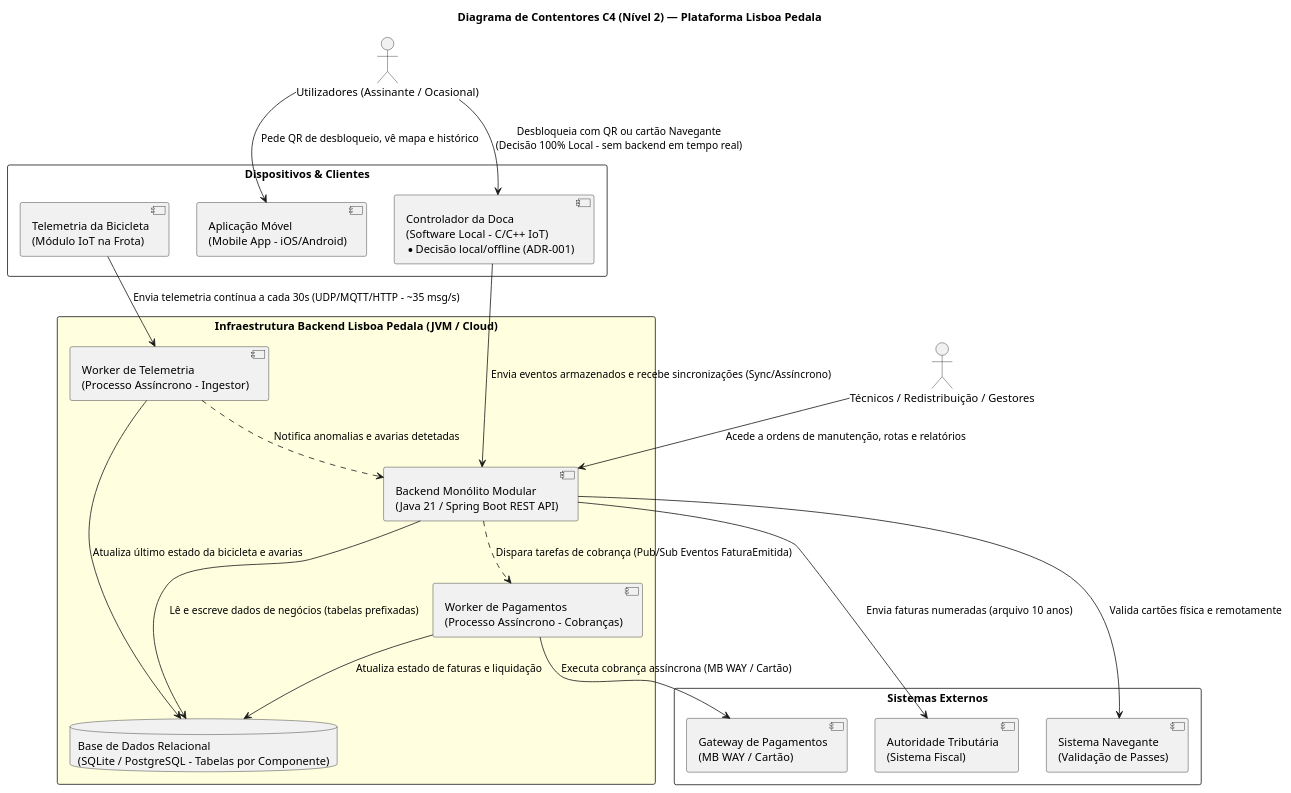
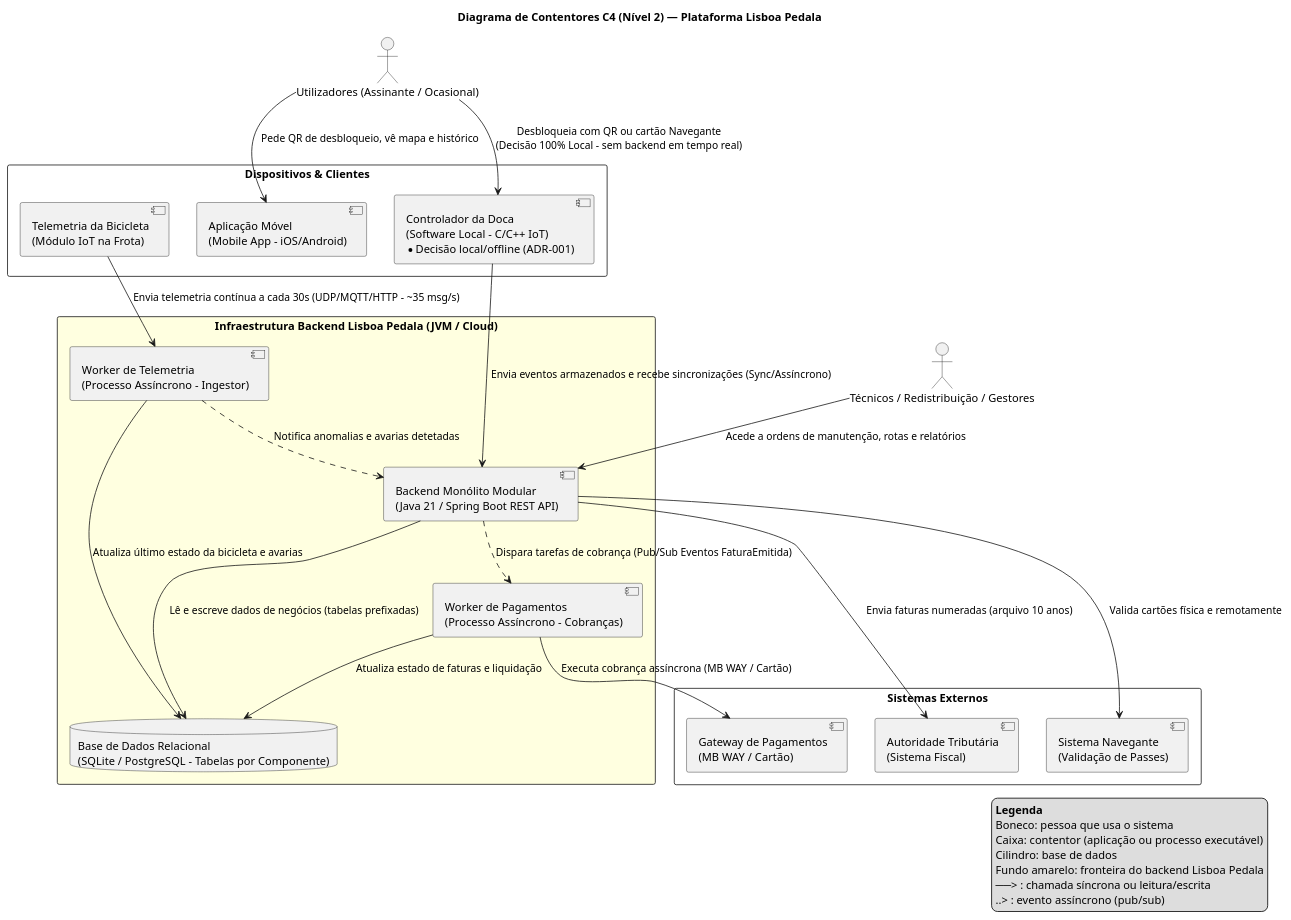
Before and after one commit to Monster147/trabalho-pratico-1-DS: the diagram in docs/diagramas/c4-contentores.puml, drawn with PlantUML. The commit also changed 61 other files, not shown here.

```diff
--- a/docs/diagramas/c4-contentores.puml
+++ b/docs/diagramas/c4-contentores.puml
@@ -1,51 +1,61 @@
 @startuml c4-contentores
 skinparam componentStyle uml2
 skinparam packageStyle rect
 
 title Diagrama de Contentores C4 (Nível 2) — Plataforma Lisboa Pedala
 
 actor "Utilizadores (Assinante / Ocasional)" as User
 actor "Técnicos / Redistribuição / Gestores" as Staff
 
 package "Dispositivos & Clientes" {
   [Aplicação Móvel\n(Mobile App - iOS/Android)] as MobileApp
   [Controlador da Doca\n(Software Local - C/C++ IoT)\n* Decisão local/offline (ADR-001)] as DockController
   [Telemetria da Bicicleta\n(Módulo IoT na Frota)] as BikeIoT
 }
 
 package "Infraestrutura Backend Lisboa Pedala (JVM / Cloud)" #LightYellow {
   [Backend Monólito Modular\n(Java 21 / Spring Boot REST API)] as BackendAPI
   [Worker de Telemetria\n(Processo Assíncrono - Ingestor)] as TelemetryWorker
   [Worker de Pagamentos\n(Processo Assíncrono - Cobranças)] as PaymentWorker
   database "Base de Dados Relacional\n(SQLite / PostgreSQL - Tabelas por Componente)" as DB
 }
 
 package "Sistemas Externos" {
   [Gateway de Pagamentos\n(MB WAY / Cartão)] as PaymentGW
   [Autoridade Tributária\n(Sistema Fiscal)] as ATSystem
   [Sistema Navegante\n(Validação de Passes)] as NaveganteSystem
 }
 
 ' Interações dos Clientes / Dispositivos
 User --> MobileApp : Pede QR de desbloqueio, vê mapa e histórico
 Staff --> BackendAPI : Acede a ordens de manutenção, rotas e relatórios
 User --> DockController : Desbloqueia com QR ou cartão Navegante\n(Decisão 100% Local - sem backend em tempo real)
 
 ' Interações de Comunicação de Campo
 DockController --> BackendAPI : Envia eventos armazenados e recebe sincronizações (Sync/Assíncrono)
 BikeIoT --> TelemetryWorker : Envia telemetria contínua a cada 30s (UDP/MQTT/HTTP - ~35 msg/s)
 
 ' Interações Internas do Backend
 BackendAPI --> DB : Lê e escreve dados de negócios (tabelas prefixadas)
 TelemetryWorker --> DB : Atualiza último estado da bicicleta e avarias
 PaymentWorker --> DB : Atualiza estado de faturas e liquidação
 
 BackendAPI ..> PaymentWorker : Dispara tarefas de cobrança (Pub/Sub Eventos FaturaEmitida)
 TelemetryWorker ..> BackendAPI : Notifica anomalias e avarias detetadas
 
 ' Interações com Sistemas Externos
 BackendAPI --> NaveganteSystem : Valida cartões física e remotamente
 BackendAPI --> ATSystem : Envia faturas numeradas (arquivo 10 anos)
 PaymentWorker --> PaymentGW : Executa cobrança assíncrona (MB WAY / Cartão)
 
+legend right
+  **Legenda**
+  Boneco: pessoa que usa o sistema
+  Caixa: contentor (aplicação ou processo executável)
+  Cilindro: base de dados
+  Fundo amarelo: fronteira do backend Lisboa Pedala
+  ──> : chamada síncrona ou leitura/escrita
+  ..> : evento assíncrono (pub/sub)
+endlegend
+
 @enduml
```
